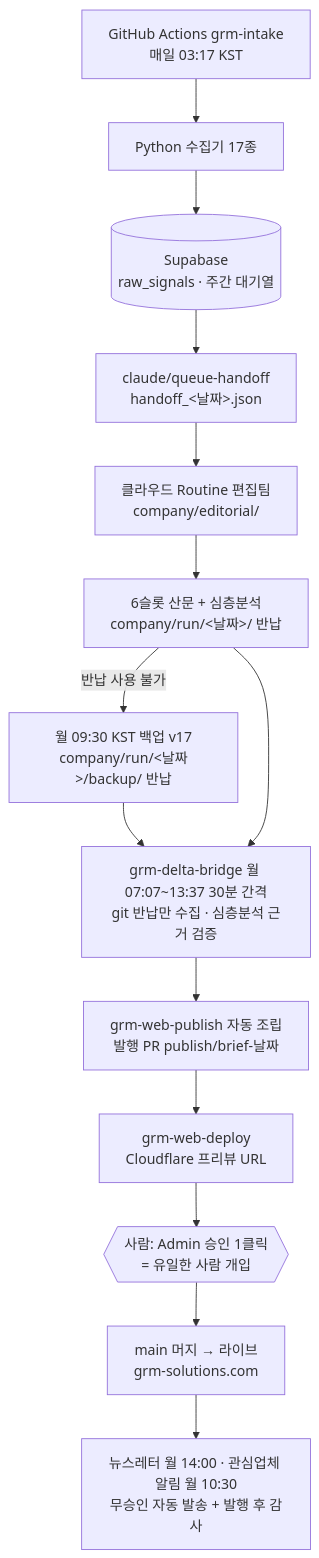
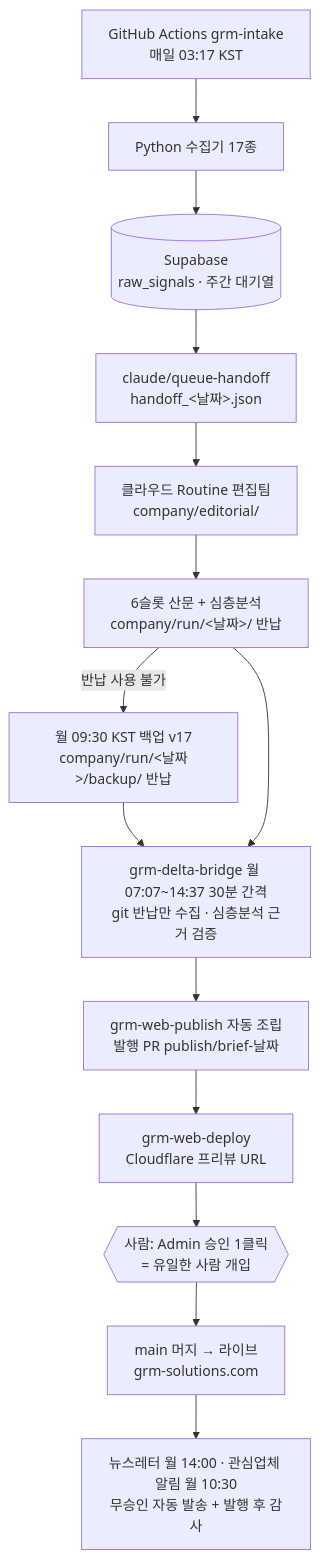
Before and after one commit to MINHOYEOM/grm-api-intake: the second of 3 diagrams in GRM_SYSTEM.md, drawn with Mermaid. The commit also changed other lines of this file, not shown here.

Commit message:
docs: 발행 브릿지 시간 14:37·16회로 정정(#1886 cron 0-5)

````diff
--- a/GRM_SYSTEM.md
+++ b/GRM_SYSTEM.md
@@ -167,16 +167,16 @@
 ```mermaid
 flowchart TD
     A[GitHub Actions grm-intake<br/>매일 03:17 KST] --> B[Python 수집기 17종]
     B --> C[(Supabase<br/>raw_signals · 주간 대기열)]
     C --> Q["claude/queue-handoff<br/>handoff_&lt;날짜&gt;.json"]
     Q --> D["클라우드 Routine 편집팀<br/>company/editorial/"]
     D --> E["6슬롯 산문 + 심층분석<br/>company/run/&lt;날짜&gt;/ 반납"]
     E -->|반납 사용 불가| V["월 09:30 KST 백업 v17<br/>company/run/&lt;날짜&gt;/backup/ 반납"]
     V --> F
-    E --> F["grm-delta-bridge 월 07:07~13:37 30분 간격<br/>git 반납만 수집 · 심층분석 근거 검증"]
+    E --> F["grm-delta-bridge 월 07:07~14:37 30분 간격<br/>git 반납만 수집 · 심층분석 근거 검증"]
     F --> G[grm-web-publish 자동 조립<br/>발행 PR publish/brief-날짜]
     G --> H[grm-web-deploy<br/>Cloudflare 프리뷰 URL]
     H --> I{{사람: Admin 승인 1클릭<br/>= 유일한 사람 개입}}
     I --> J[main 머지 → 라이브<br/>grm-solutions.com]
     J --> K[뉴스레터 월 14:00 · 관심업체 알림 월 10:30<br/>무승인 자동 발송 + 발행 후 감사]
 ```
````
